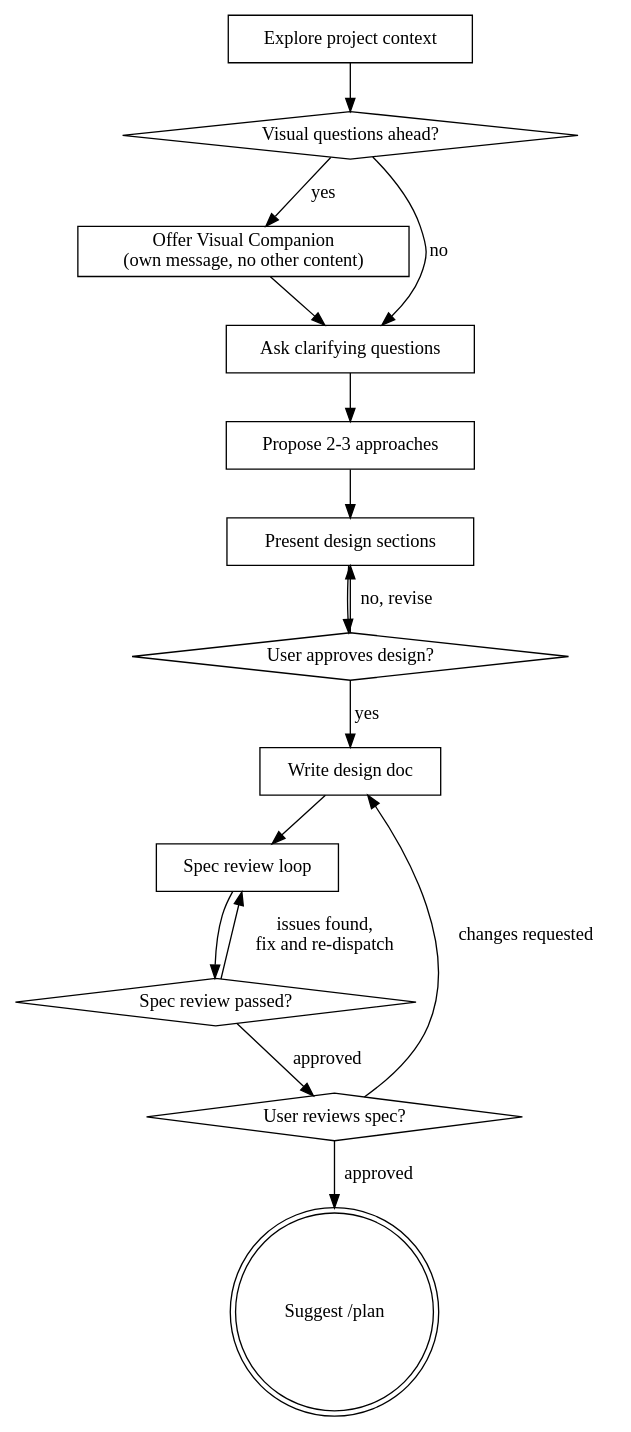
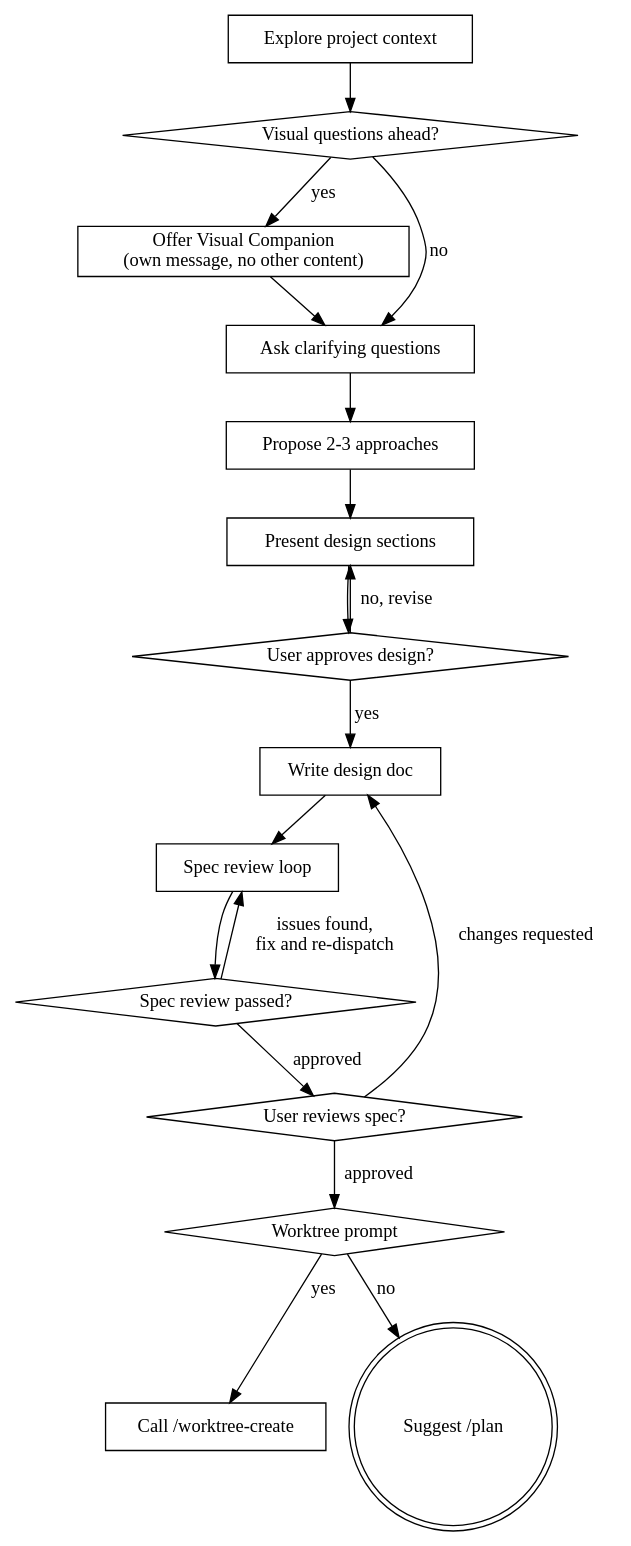
The diagram in skills/spec/SKILL.md (citruseason/flow), drawn with Graphviz before and after one commit. The commit also changed other lines of this file, not shown here.

Commit message:
feat: add worktree prompt to /spec skill after spec approval

````diff
--- a/skills/spec/SKILL.md
+++ b/skills/spec/SKILL.md
@@ -36,32 +36,36 @@
 ```dot
 digraph spec {
     "Explore project context" [shape=box];
     "Visual questions ahead?" [shape=diamond];
     "Offer Visual Companion\n(own message, no other content)" [shape=box];
     "Ask clarifying questions" [shape=box];
     "Propose 2-3 approaches" [shape=box];
     "Present design sections" [shape=box];
     "User approves design?" [shape=diamond];
     "Write design doc" [shape=box];
     "Spec review loop" [shape=box];
     "Spec review passed?" [shape=diamond];
     "User reviews spec?" [shape=diamond];
+    "Worktree prompt" [shape=diamond];
+    "Call /worktree-create" [shape=box];
     "Suggest /plan" [shape=doublecircle];
 
     "Explore project context" -> "Visual questions ahead?";
     "Visual questions ahead?" -> "Offer Visual Companion\n(own message, no other content)" [label="yes"];
     "Visual questions ahead?" -> "Ask clarifying questions" [label="no"];
     "Offer Visual Companion\n(own message, no other content)" -> "Ask clarifying questions";
     "Ask clarifying questions" -> "Propose 2-3 approaches";
     "Propose 2-3 approaches" -> "Present design sections";
     "Present design sections" -> "User approves design?";
     "User approves design?" -> "Present design sections" [label="no, revise"];
     "User approves design?" -> "Write design doc" [label="yes"];
     "Write design doc" -> "Spec review loop";
     "Spec review loop" -> "Spec review passed?";
     "Spec review passed?" -> "Spec review loop" [label="issues found,\nfix and re-dispatch"];
     "Spec review passed?" -> "User reviews spec?" [label="approved"];
     "User reviews spec?" -> "Write design doc" [label="changes requested"];
-    "User reviews spec?" -> "Suggest /plan" [label="approved"];
+    "User reviews spec?" -> "Worktree prompt" [label="approved"];
+    "Worktree prompt" -> "Call /worktree-create" [label="yes"];
+    "Worktree prompt" -> "Suggest /plan" [label="no"];
 }
 ```
````
